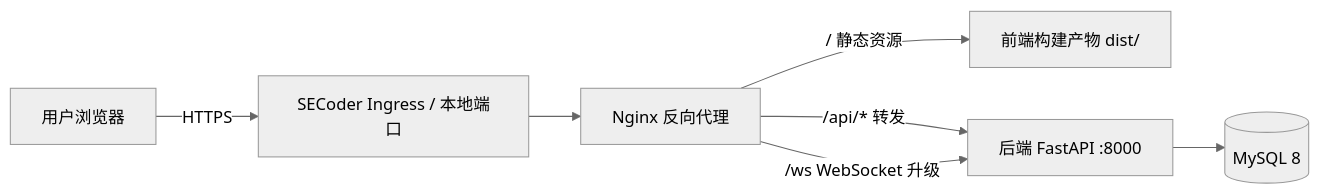
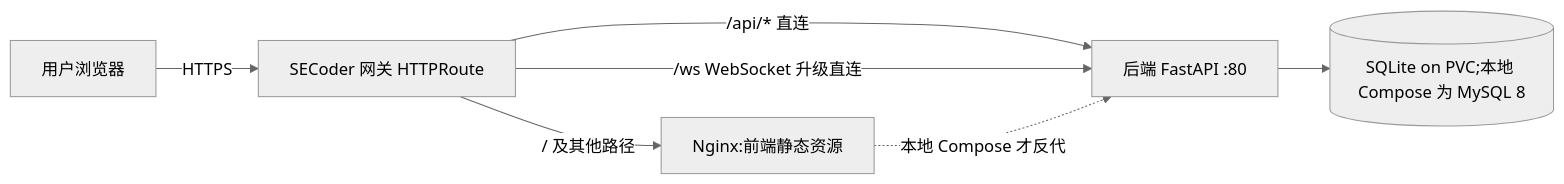
One commit to AketfONG/PotatoGroup changed the first of 2 diagrams in docs/04-部署方案.md. Above: the diagram before and after it, drawn with Mermaid (neutral theme). The commit also changed other lines of this file and 2 other files, not shown here.

````diff
--- a/docs/04-部署方案.md
+++ b/docs/04-部署方案.md
@@ -7,9 +7,9 @@
 ```mermaid
 flowchart LR
-    U[用户浏览器] -->|HTTPS| LB[SECoder Ingress / 本地端口]
-    LB --> NGX[Nginx 反向代理]
-    NGX -->|"/ 静态资源"| FE[前端构建产物 dist/]
-    NGX -->|"/api/* 转发"| BE[后端 FastAPI :8000]
-    NGX -->|"/ws WebSocket 升级"| BE
-    BE --> DB[(MySQL 8)]
+    U[用户浏览器] -->|HTTPS| GW[SECoder 网关 HTTPRoute]
+    GW -->|"/ 及其他路径"| NGX[Nginx:前端静态资源]
+    GW -->|"/api/* 直连"| BE[后端 FastAPI :80]
+    GW -->|"/ws WebSocket 升级直连"| BE
+    NGX -.->|本地 Compose 才反代| BE
+    BE --> DB[(SQLite on PVC;本地 Compose 为 MySQL 8)]
 ```
````
